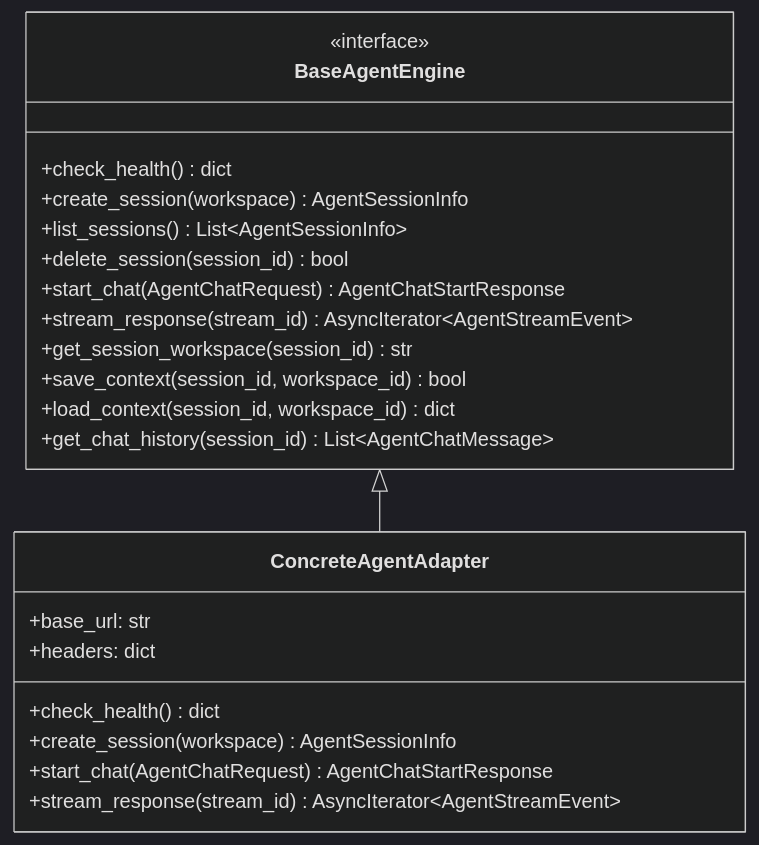
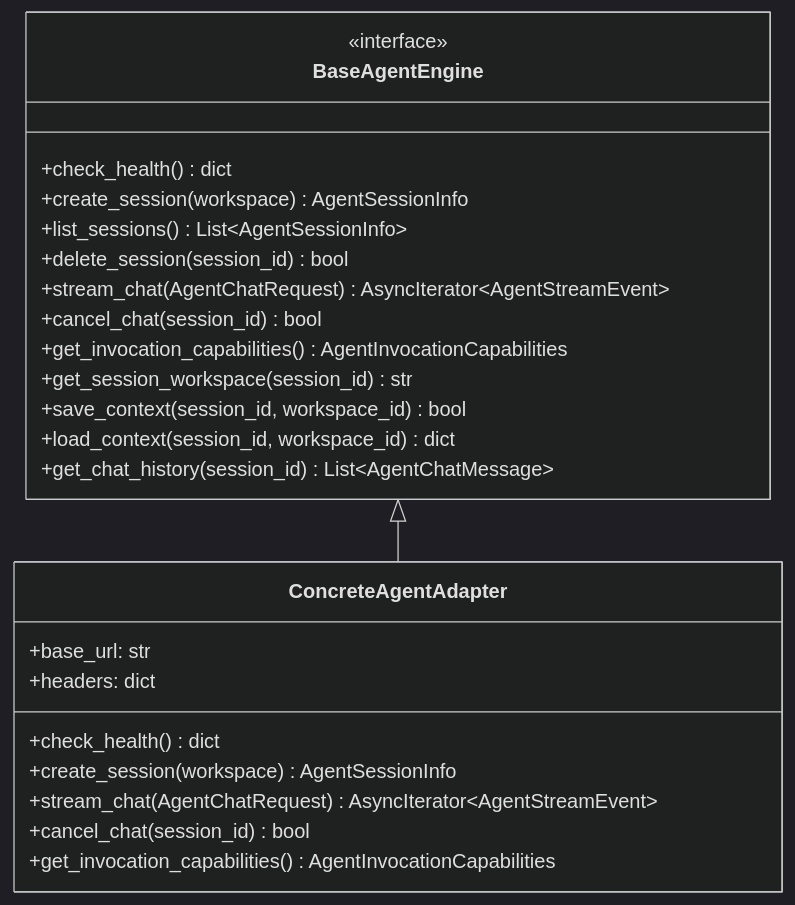
One commit to burhop/wright changed the diagram in docs/architecture/agent-adapters.md. Above: the diagram before and after it, drawn with Mermaid (dark theme). The commit also changed other lines of this file and 3 other files, not shown here.

````diff
--- a/docs/architecture/agent-adapters.md
+++ b/docs/architecture/agent-adapters.md
@@ -5,25 +9,27 @@
 ```mermaid
 classDiagram
     class BaseAgentEngine {
         <<interface>>
         +check_health() dict
         +create_session(workspace) AgentSessionInfo
         +list_sessions() List~AgentSessionInfo~
         +delete_session(session_id) bool
-        +start_chat(AgentChatRequest) AgentChatStartResponse
-        +stream_response(stream_id) AsyncIterator~AgentStreamEvent~
+        +stream_chat(AgentChatRequest) AsyncIterator~AgentStreamEvent~
+        +cancel_chat(session_id) bool
+        +get_invocation_capabilities() AgentInvocationCapabilities
         +get_session_workspace(session_id) str
         +save_context(session_id, workspace_id) bool
         +load_context(session_id, workspace_id) dict
         +get_chat_history(session_id) List~AgentChatMessage~
     }
     class ConcreteAgentAdapter {
         +base_url: str
         +headers: dict
         +check_health() dict
         +create_session(workspace) AgentSessionInfo
-        +start_chat(AgentChatRequest) AgentChatStartResponse
-        +stream_response(stream_id) AsyncIterator~AgentStreamEvent~
+        +stream_chat(AgentChatRequest) AsyncIterator~AgentStreamEvent~
+        +cancel_chat(session_id) bool
+        +get_invocation_capabilities() AgentInvocationCapabilities
     }
     BaseAgentEngine <|-- ConcreteAgentAdapter
 ```
````
